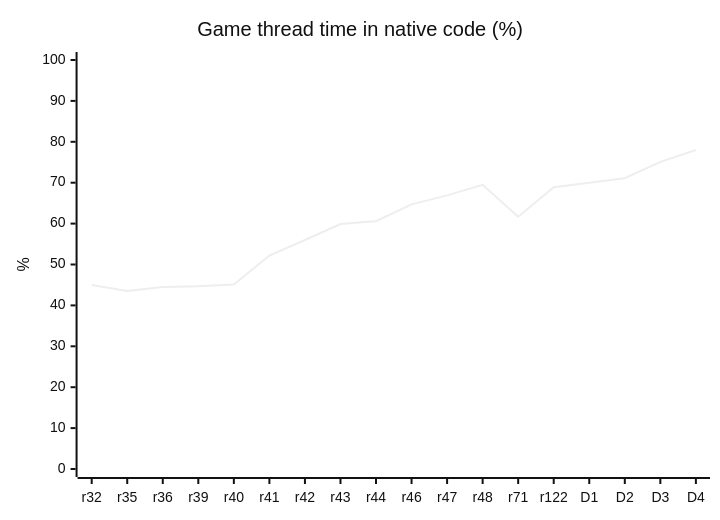
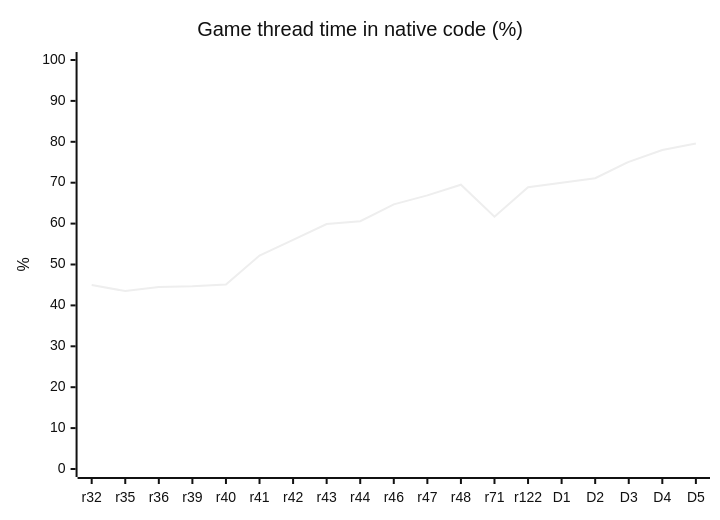
Before and after one commit to HenryKun55/celosia: the diagram in README.md, drawn with Mermaid (neutral theme). The commit also changed other lines of this file and 23 other files, not shown here.

````diff
--- a/README.md
+++ b/README.md
@@ -270,7 +271,7 @@
 ```mermaid
 xychart-beta
     title "Game thread time in native code (%)"
-    x-axis ["r32", "r35", "r36", "r39", "r40", "r41", "r42", "r43", "r44", "r46", "r47", "r48", "r71", "r122", "D1", "D2", "D3", "D4"]
+    x-axis ["r32", "r35", "r36", "r39", "r40", "r41", "r42", "r43", "r44", "r46", "r47", "r48", "r71", "r122", "D1", "D2", "D3", "D4", "D5"]
     y-axis "%" 0 --> 100
-    line [45.0, 43.5, 44.5, 44.7, 45.1, 52.2, 56.0, 59.9, 60.6, 64.7, 66.9, 69.5, 61.7, 68.9, 70.0, 71.1, 75.1, 78.0]
+    line [45.0, 43.5, 44.5, 44.7, 45.1, 52.2, 56.0, 59.9, 60.6, 64.7, 66.9, 69.5, 61.7, 68.9, 70.0, 71.1, 75.1, 78.0, 79.6]
 ```
````
